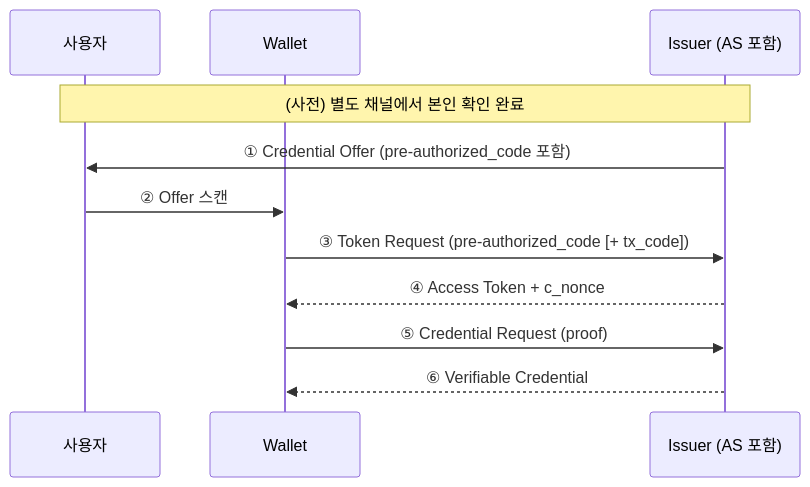
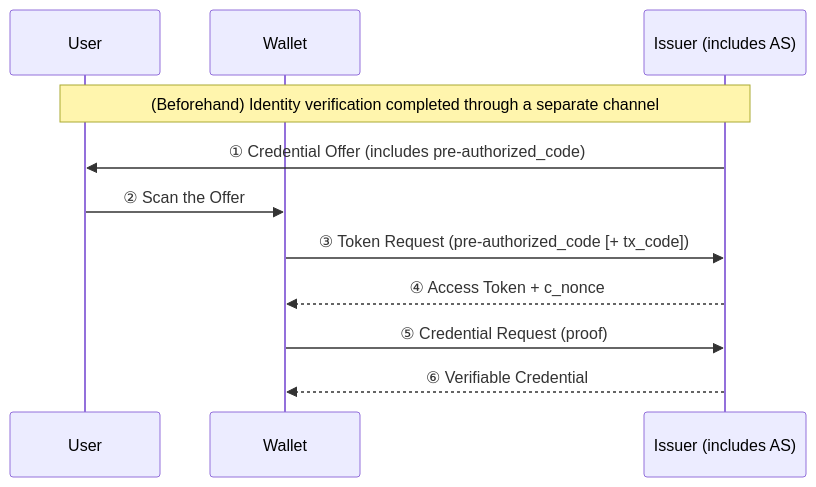
One commit to OmniOneID/poc-oid4vc changed the second of 4 diagrams in docs/concepts/oid4vci/oid4vci_issuance_flow.md. Above: the diagram before and after it, drawn with Mermaid. The commit also changed other lines of this file and 29 other files, not shown here.

````diff
--- a/docs/concepts/oid4vci/oid4vci_issuance_flow.md
+++ b/docs/concepts/oid4vci/oid4vci_issuance_flow.md
@@ -74,14 +74,14 @@
 ```mermaid
 sequenceDiagram
-    participant U as 사용자
+    participant U as User
     participant W as Wallet
-    participant I as Issuer (AS 포함)
+    participant I as Issuer (includes AS)
 
-    Note over U,I: (사전) 별도 채널에서 본인 확인 완료
-    I->>U: ① Credential Offer (pre-authorized_code 포함)
-    U->>W: ② Offer 스캔
+    Note over U,I: (Beforehand) Identity verification completed through a separate channel
+    I->>U: ① Credential Offer (includes pre-authorized_code)
+    U->>W: ② Scan the Offer
     W->>I: ③ Token Request (pre-authorized_code [+ tx_code])
     I-->>W: ④ Access Token + c_nonce
     W->>I: ⑤ Credential Request (proof)
     I-->>W: ⑥ Verifiable Credential
 ```
````
